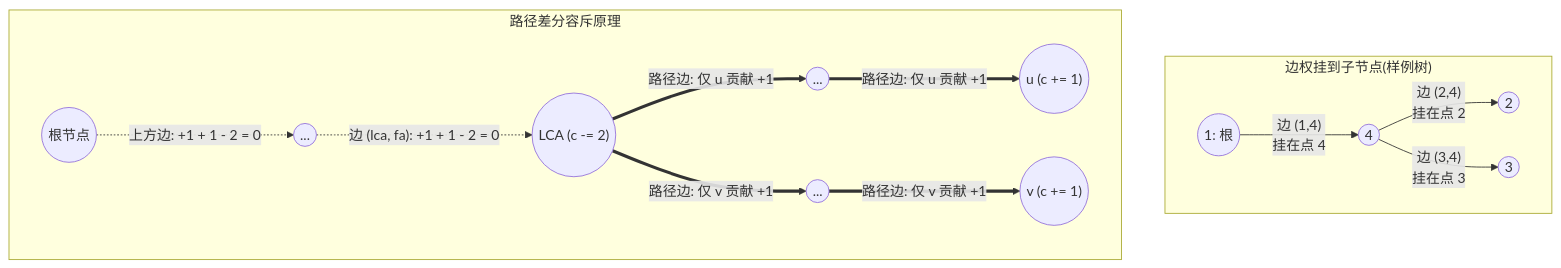
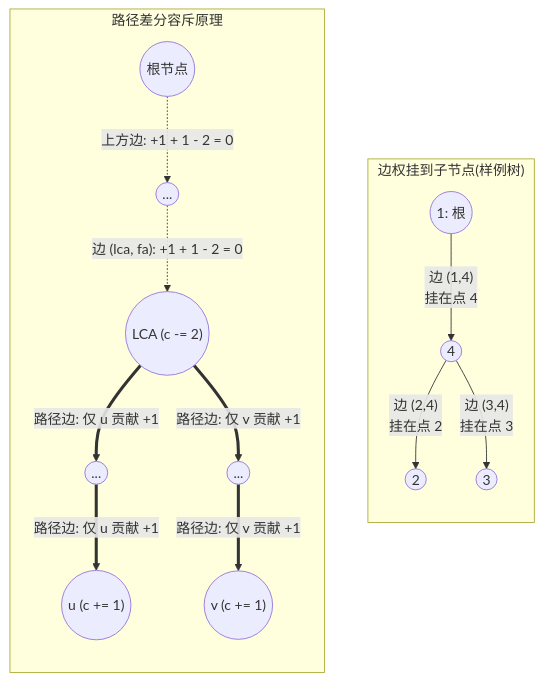
Before and after one commit to rainboyOJ/new_problem_solutions: the diagram in problems/luogu/P3038/index.md, drawn with Mermaid. The commit also changed other lines of this file, not shown here.

First line of the commit message:
fix(P3038): mermaid 图改为垂直布局, 顺带修掉左右图错位

````diff
--- a/problems/luogu/P3038/index.md
+++ b/problems/luogu/P3038/index.md
@@ -60,17 +60,19 @@
 ```mermaid
 graph TD
     subgraph S1["边权挂到子节点(样例树)"]
+        direction TB
         1((1: 根)) -->|"边 (1,4)<br/>挂在点 4"| 4((4))
         4 -->|"边 (2,4)<br/>挂在点 2"| 2((2))
         4 -->|"边 (3,4)<br/>挂在点 3"| 3((3))
     end
 
     subgraph S2["路径差分容斥原理"]
+        direction TB
         R((根节点)) -.->|"上方边: +1 + 1 - 2 = 0"| P_LCA((...))
         P_LCA -.->|"边 (lca, fa): +1 + 1 - 2 = 0"| LCA(("LCA (c -= 2)"))
         LCA ==>|"路径边: 仅 u 贡献 +1"| U_ANC((...))
         U_ANC ==>|"路径边: 仅 u 贡献 +1"| U(("u (c += 1)"))
         LCA ==>|"路径边: 仅 v 贡献 +1"| V_ANC((...))
         V_ANC ==>|"路径边: 仅 v 贡献 +1"| V(("v (c += 1)"))
     end
 ```
````
